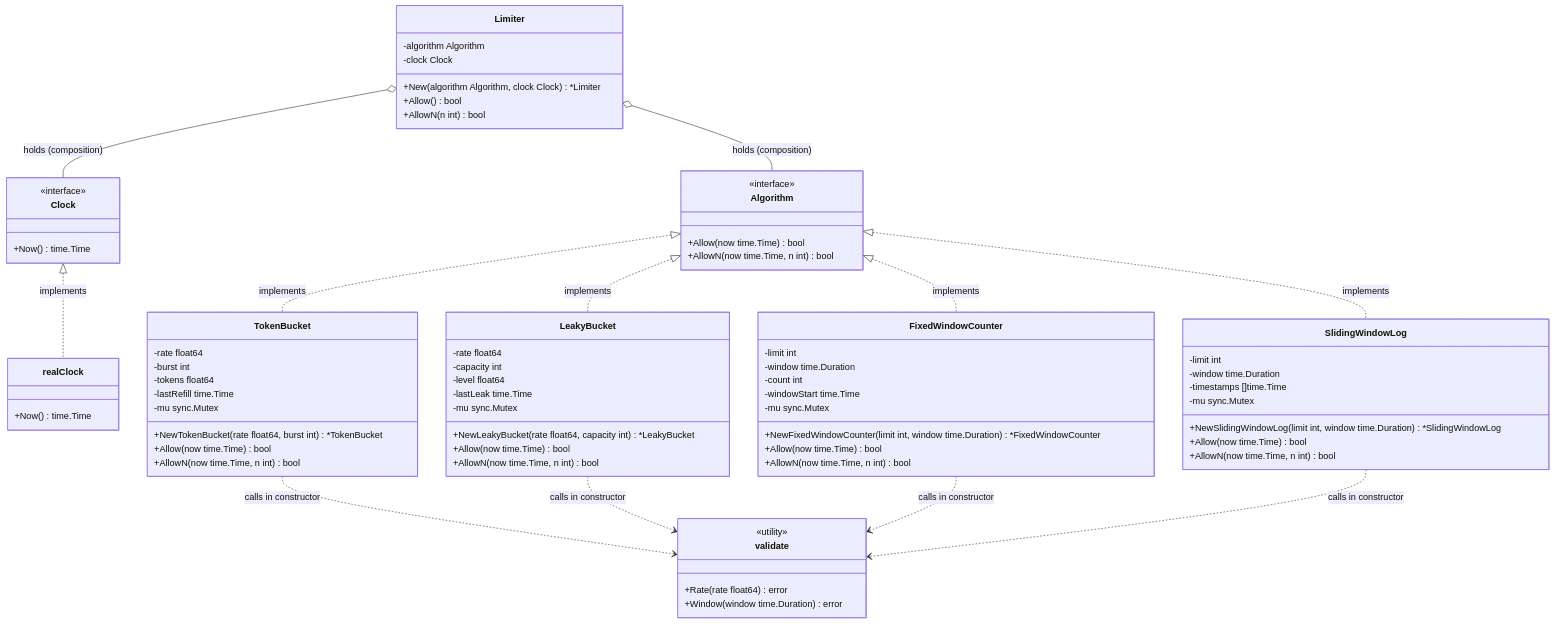
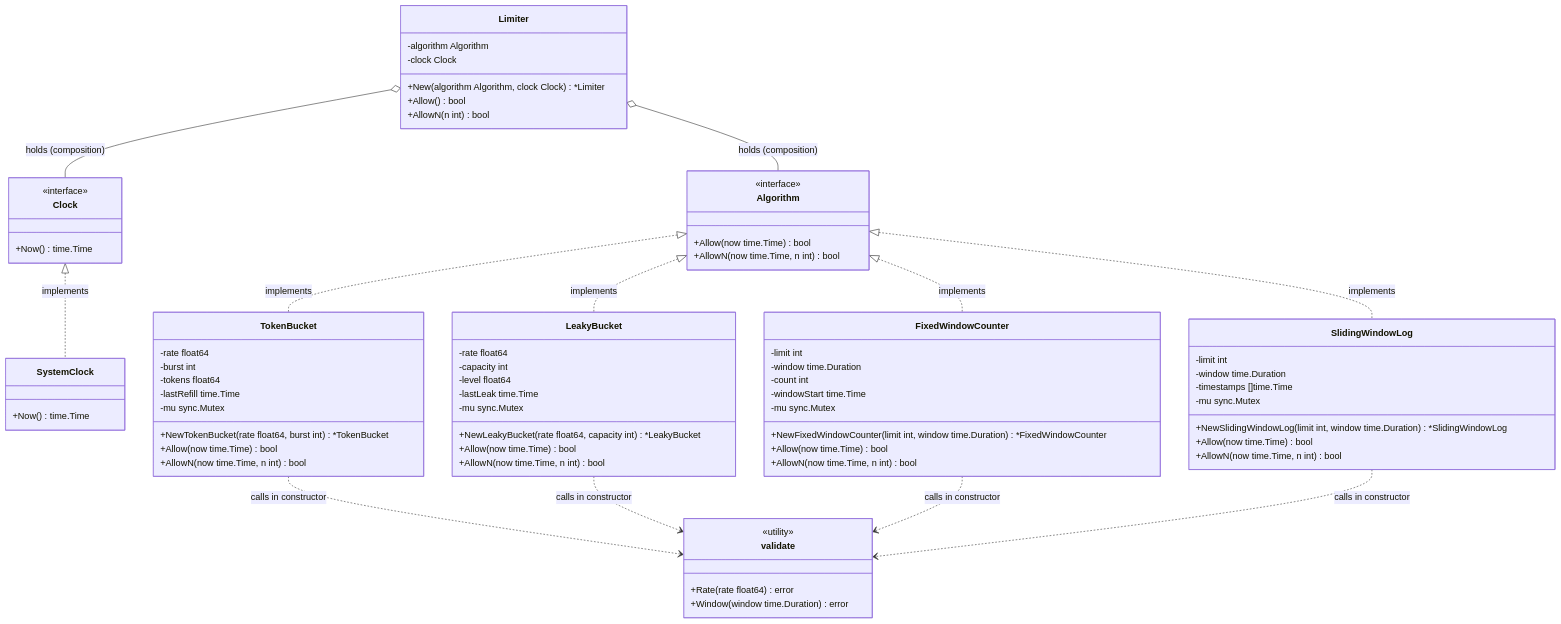
One commit to const-nash/go-rate-limiter changed the first of 2 diagrams in docs/architecture.md. Above: the diagram before and after it, drawn with Mermaid. The commit also changed other lines of this file and 1 other file, not shown here.

Commit message:
Rename `realClock` to `SystemClock` and implement `SystemClock`

```diff
--- a/docs/architecture.md
+++ b/docs/architecture.md
@@ -34,7 +34,7 @@
         +Now() time.Time
     }
 
-    class realClock {
+    class SystemClock {
         +Now() time.Time
     }
 
@@ -94,7 +94,7 @@
     Algorithm <|.. FixedWindowCounter : implements
     Algorithm <|.. SlidingWindowLog : implements
 
-    Clock <|.. realClock : implements
+    Clock <|.. SystemClock : implements
 
     TokenBucket ..> validate : calls in constructor
     LeakyBucket ..> validate : calls in constructor
```
